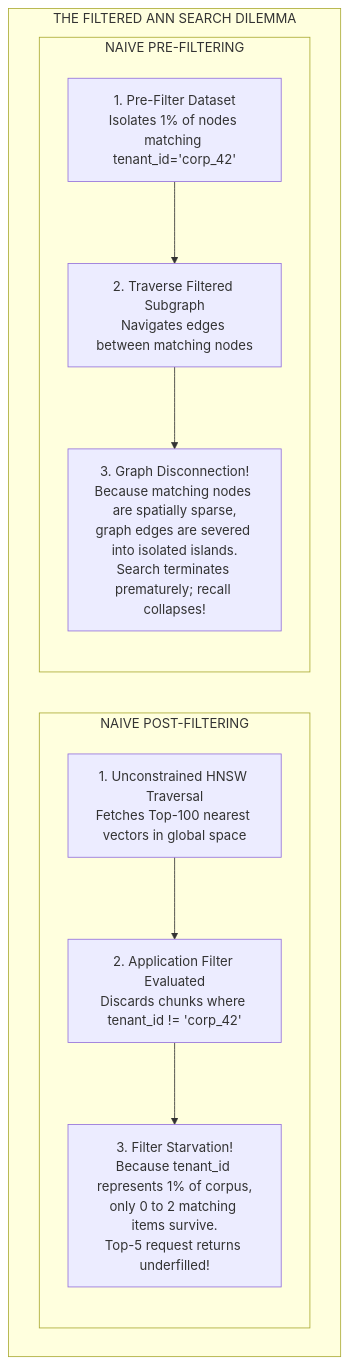
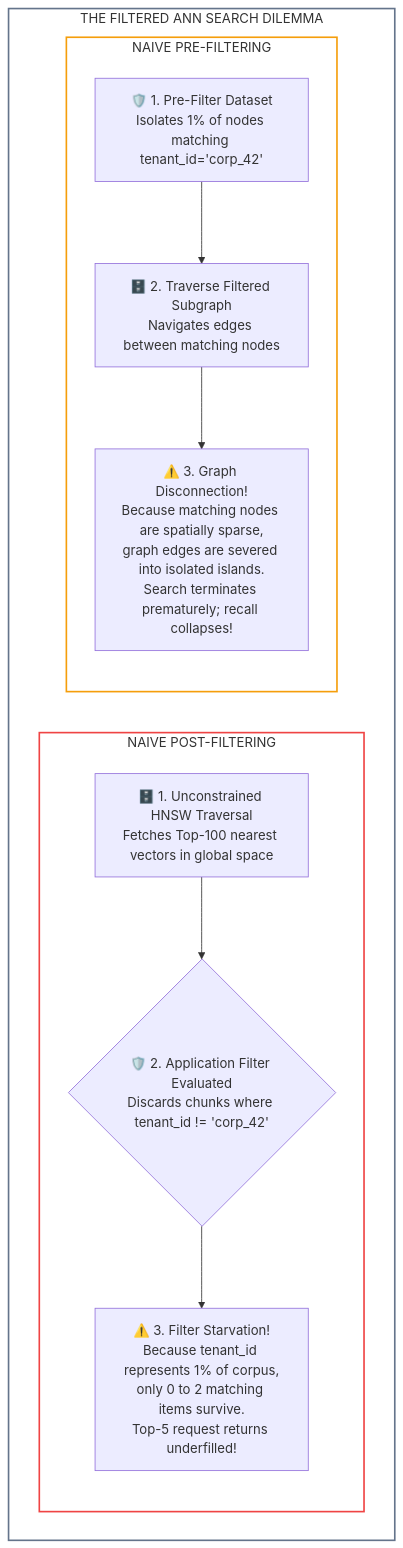
One commit to dip4k/senior-engineer-to-ai-engineer-roadmap changed the first of 4 diagrams in 02-rag-and-knowledge-systems/05-predicate-filtering-and-acorn.md. Above: the diagram before and after it, drawn with Mermaid. The commit also changed other lines of this file and 39 other files, not shown here.

First line of the commit message:
feat(curriculum): upgrade mermaid diagrams with unicode icons & codify anti-bloat layout rules

````diff
--- a/02-rag-and-knowledge-systems/05-predicate-filtering-and-acorn.md
+++ b/02-rag-and-knowledge-systems/05-predicate-filtering-and-acorn.md
@@ -37,14 +37,17 @@
 ```mermaid
 flowchart TD
     subgraph Dilemma["THE FILTERED ANN SEARCH DILEMMA"]
         subgraph PostFilter["NAIVE POST-FILTERING"]
-            P1["1. Unconstrained HNSW Traversal<br>Fetches Top-100 nearest vectors in global space"] --> P2["2. Application Filter Evaluated<br>Discards chunks where tenant_id != 'corp_42'"]
-            P2 --> P3["3. Filter Starvation!<br>Because tenant_id represents 1% of corpus,<br>only 0 to 2 matching items survive.<br>Top-5 request returns underfilled!"]
+            P1["🗄️ 1. Unconstrained HNSW Traversal<br>Fetches Top-100 nearest vectors in global space"] --> P2{"🛡️ 2. Application Filter Evaluated<br>Discards chunks where tenant_id != 'corp_42'"}
+            P2 --> P3["⚠️ 3. Filter Starvation!<br>Because tenant_id represents 1% of corpus,<br>only 0 to 2 matching items survive.<br>Top-5 request returns underfilled!"]
         end
 
         subgraph PreFilter["NAIVE PRE-FILTERING"]
-            PR1["1. Pre-Filter Dataset<br>Isolates 1% of nodes matching tenant_id='corp_42'"] --> PR2["2. Traverse Filtered Subgraph<br>Navigates edges between matching nodes"]
-            PR2 --> PR3["3. Graph Disconnection!<br>Because matching nodes are spatially sparse,<br>graph edges are severed into isolated islands.<br>Search terminates prematurely; recall collapses!"]
+            PR1["🛡️ 1. Pre-Filter Dataset<br>Isolates 1% of nodes matching tenant_id='corp_42'"] --> PR2["🗄️ 2. Traverse Filtered Subgraph<br>Navigates edges between matching nodes"]
+            PR2 --> PR3["⚠️ 3. Graph Disconnection!<br>Because matching nodes are spatially sparse,<br>graph edges are severed into isolated islands.<br>Search terminates prematurely; recall collapses!"]
         end
     end
+    style Dilemma fill:none,stroke:#64748b,stroke-width:2px;
+    style PostFilter fill:none,stroke:#ef4444,stroke-width:2px;
+    style PreFilter fill:none,stroke:#f59e0b,stroke-width:2px;
 ```
````
